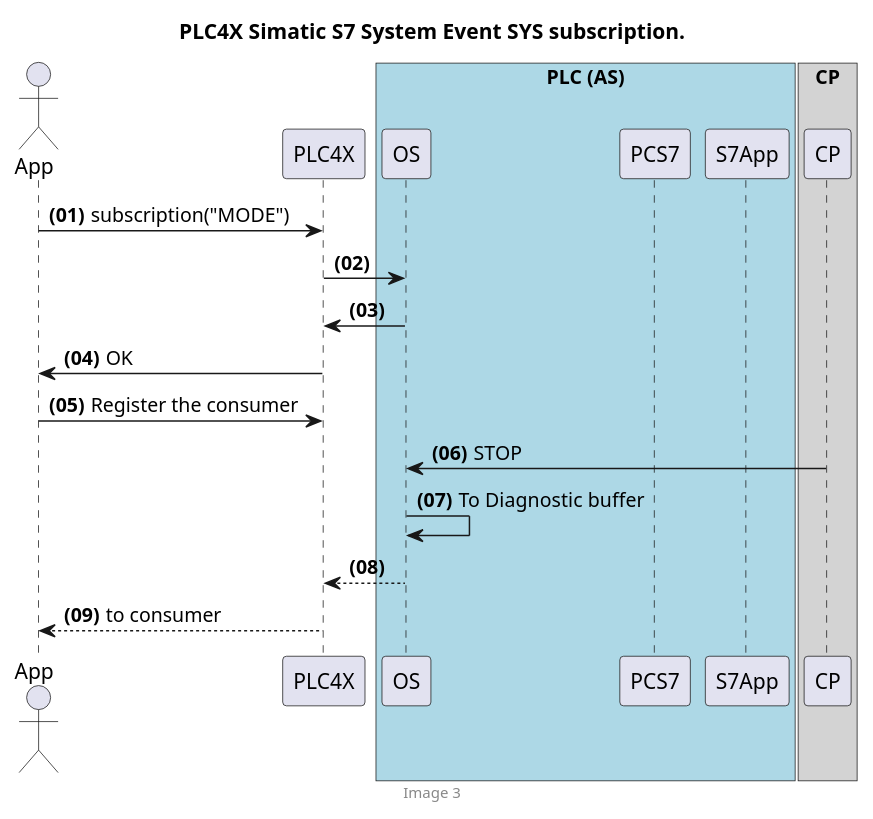
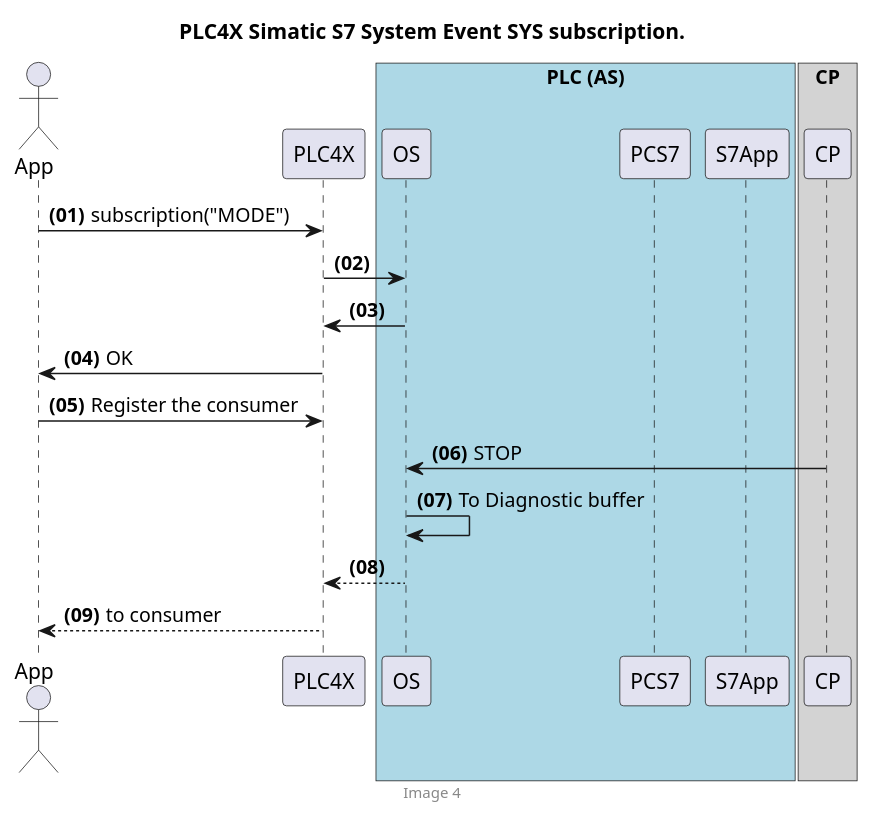
The fourth of 8 diagrams in src/site/asciidoc/users/protocols/s7.adoc (apache/plc4x), drawn with PlantUML before and after one commit. The commit also changed other lines of this file and 47 other files, not shown here.

```diff
--- a/src/site/asciidoc/users/protocols/s7.adoc
+++ b/src/site/asciidoc/users/protocols/s7.adoc
@@ -684,29 +695,29 @@
-[plantuml, target="image03", format=png, align="center"]
+[plantuml, target="../../image04", format=png, align="center"]
 ....
 autonumber "<b>(00)"
 title PLC4X Simatic S7 System Event <b>SYS</b> subscription.
-footer Image 3
+footer Image 4
 
 actor App
 participant PLC4X
 box "PLC (AS)" #LightBlue
 participant OS
 participant PCS7
 participant S7App
 endbox
 
 box "CP" #LightGray
 participant CP
 endbox
 
 App -> PLC4X : subscription("MODE")
 PLC4X -> OS
 OS -> PLC4X
 PLC4X -> App : OK
 App -> PLC4X : Register the consumer
 
 CP -> OS : STOP
 OS ->  OS : To Diagnostic buffer
 OS --> PLC4X
 PLC4X --> App : to consumer
 ....
```
